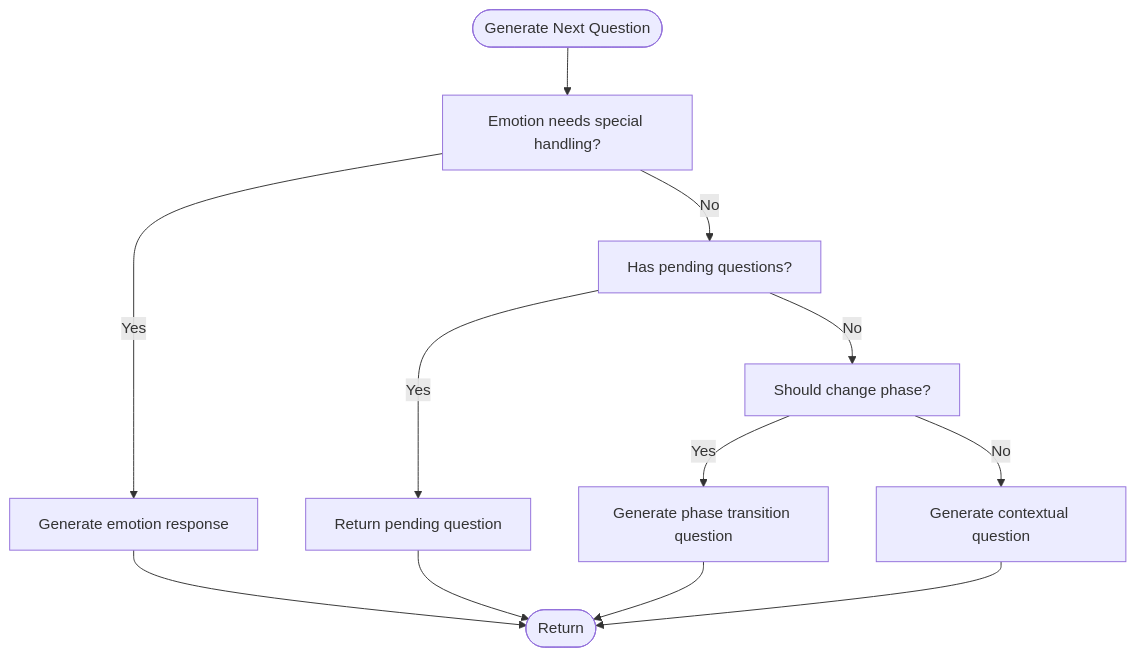
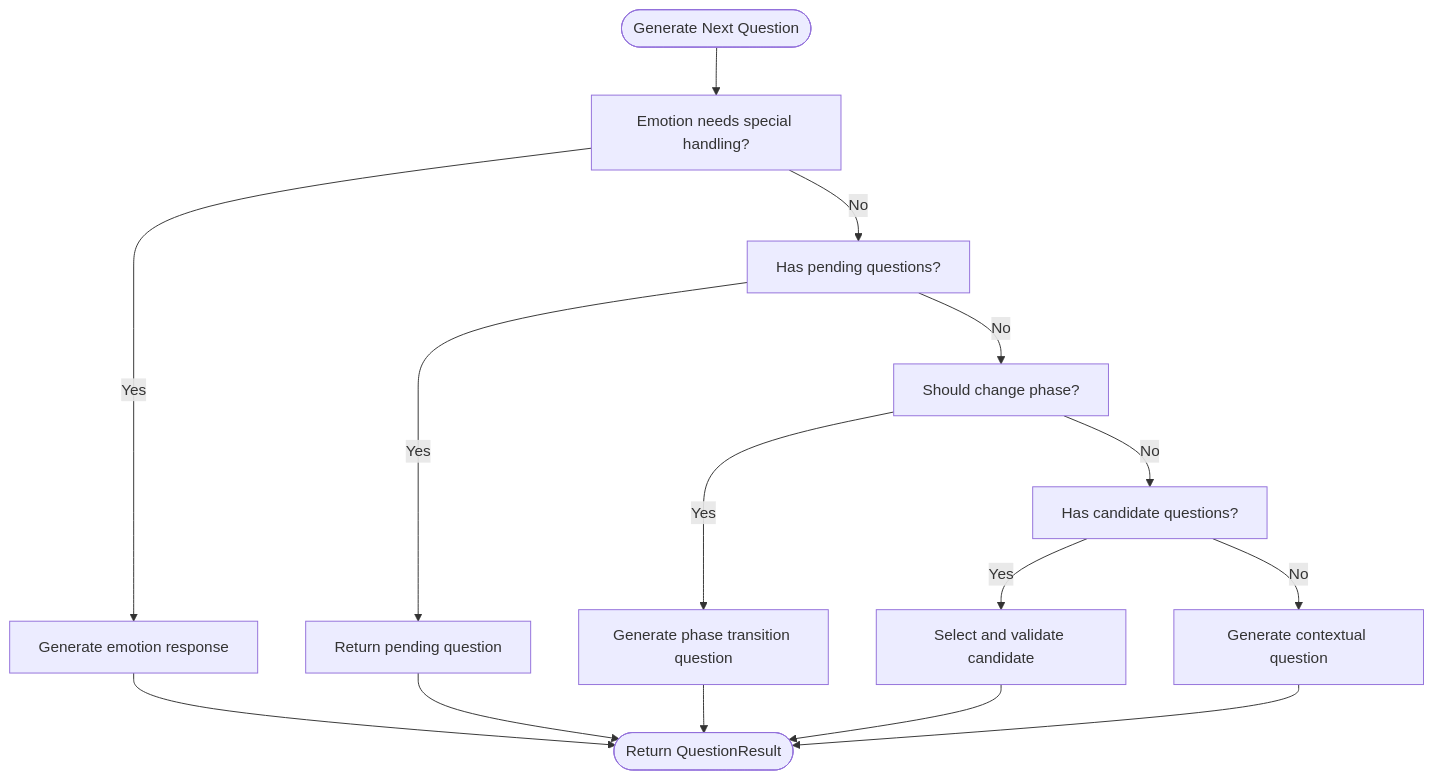
Before and after one commit to WangYiKai1017/zizuan: the third of 9 diagrams in .qoder/repowiki/en/content/AI Services/Question Generator.md, drawn with Mermaid. The commit also changed other lines of this file and 31 other files, not shown here.

````diff
--- a/.qoder/repowiki/en/content/AI Services/Question Generator.md
+++ b/.qoder/repowiki/en/content/AI Services/Question Generator.md
@@ -167,14 +198,17 @@
 ```mermaid
 flowchart TD
 Start(["Generate Next Question"]) --> CheckEmotion["Emotion needs special handling?"]
 CheckEmotion --> |Yes| EmotionResp["Generate emotion response"]
 CheckEmotion --> |No| CheckPending["Has pending questions?"]
 CheckPending --> |Yes| ReturnPending["Return pending question"]
 CheckPending --> |No| CheckPhase["Should change phase?"]
 CheckPhase --> |Yes| Transition["Generate phase transition question"]
-CheckPhase --> |No| Contextual["Generate contextual question"]
-EmotionResp --> End(["Return"])
+CheckPhase --> |No| CheckCandidate["Has candidate questions?"]
+CheckCandidate --> |Yes| CandidateSelection["Select and validate candidate"]
+CheckCandidate --> |No| Contextual["Generate contextual question"]
+EmotionResp --> End(["Return QuestionResult"])
 ReturnPending --> End
 Transition --> End
+CandidateSelection --> End
 Contextual --> End
 ```
````
